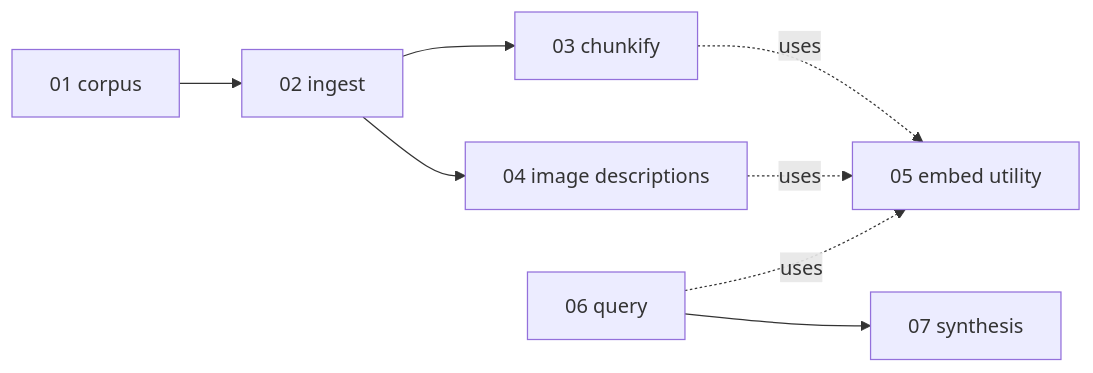
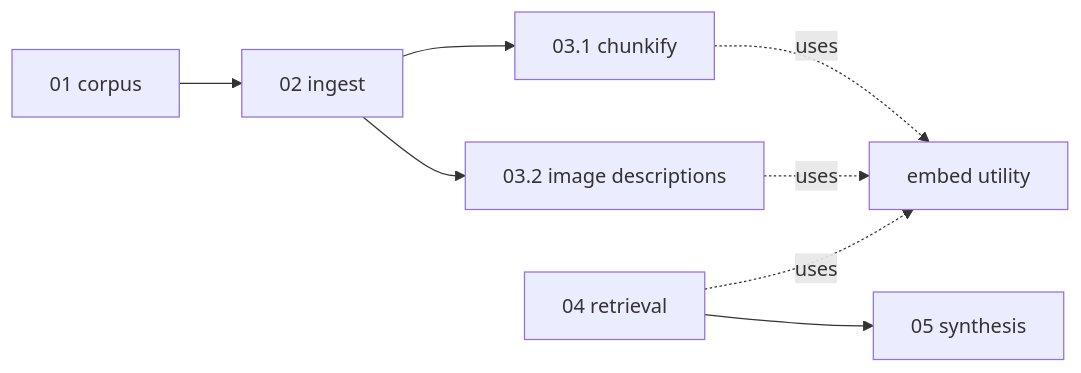
The diagram in docs/modern-knowledge-base-design/README.md (kyung-lee-official/neuxus), drawn with Mermaid before and after one commit. The commit also changed other lines of this file, not shown here.

Commit message:
docs: update README to clarify knowledge-base flow and structure

````diff
--- a/docs/modern-knowledge-base-design/README.md
+++ b/docs/modern-knowledge-base-design/README.md
@@ -7,13 +11,13 @@
 ```mermaid
 ---
 theme: neo-dark
 ---
 flowchart LR
   corpus[01 corpus] --> ingest[02 ingest]
-  ingest --> chunkify[03 chunkify]
-  ingest --> imagedesc[04 image descriptions]
-  chunkify -. uses .-> embed[05 embed utility]
+  ingest --> chunkify[03.1 chunkify]
+  ingest --> imagedesc[03.2 image descriptions]
+  retrieval[04 retrieval] --> synthesis[05 synthesis]
+  chunkify -. uses .-> embed[embed utility]
   imagedesc -. uses .-> embed
-  query[06 query] -. uses .-> embed
-  query --> synthesis[07 synthesis]
+  retrieval -. uses .-> embed
 ```
````
